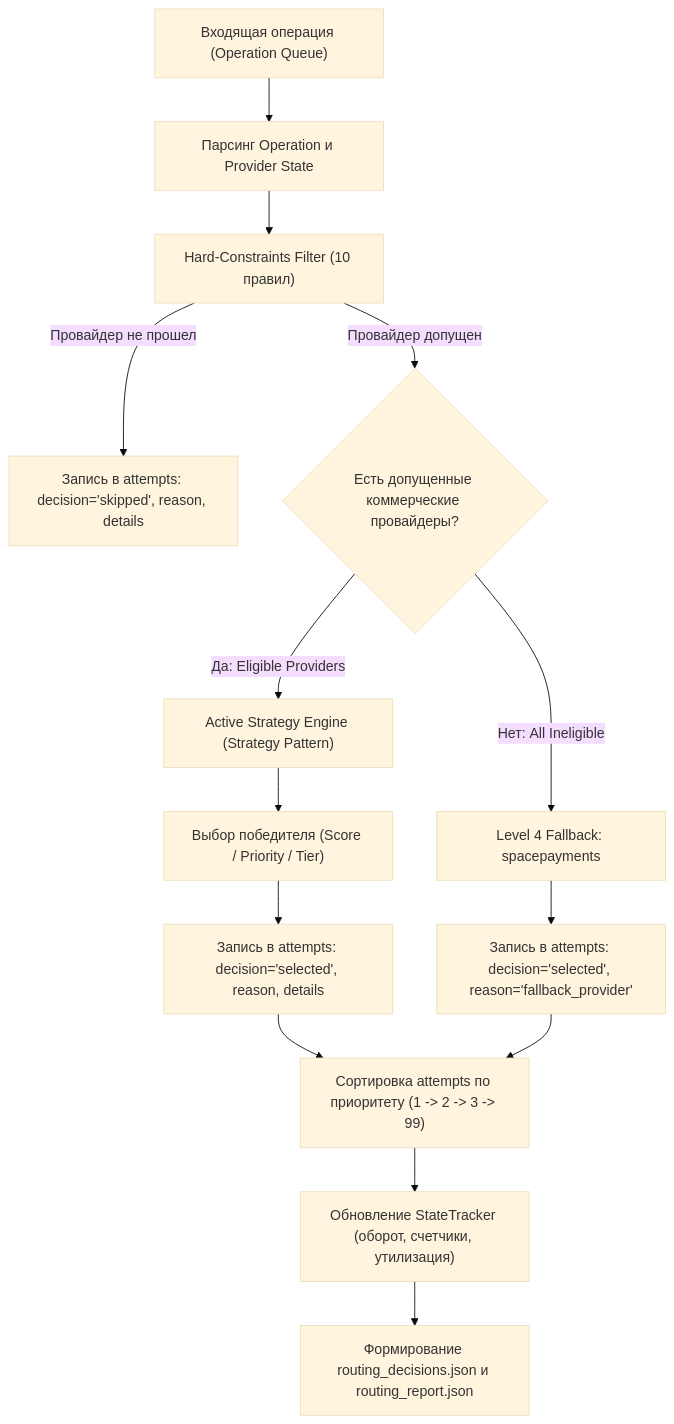
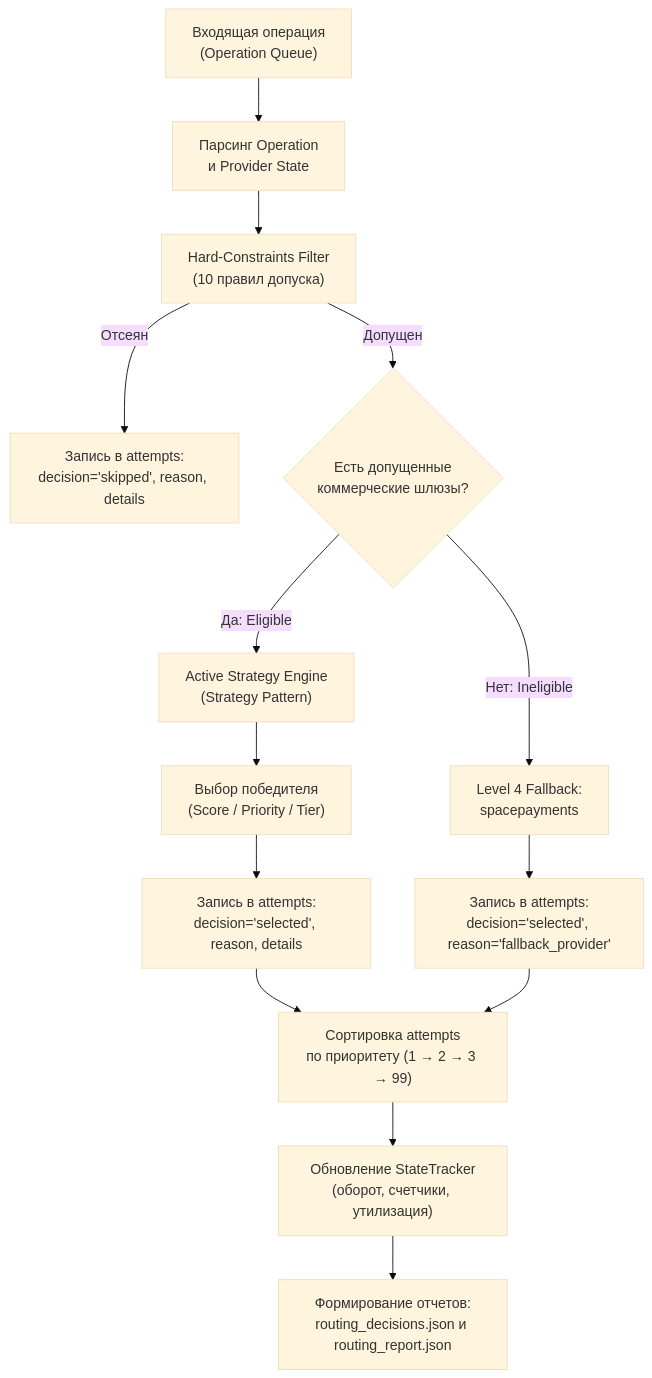
One commit to Black-Lotus-2026/Genesis_2026 changed the diagram in README.md. Above: the diagram before and after it, drawn with Mermaid (base theme). The commit also changed other lines of this file, not shown here.

````diff
--- a/README.md
+++ b/README.md
@@ -38,16 +38,16 @@
 ```mermaid
 flowchart TD
-    A["Входящая операция (Operation Queue)"] --> B["Парсинг Operation и Provider State"]
-    B --> C["Hard-Constraints Filter (10 правил)"]
-    C -->|Провайдер не прошел| D["Запись в attempts: decision='skipped', reason, details"]
-    C -->|Провайдер допущен| E{"Есть допущенные коммерческие провайдеры?"}
-    E -->|Да: Eligible Providers| F["Active Strategy Engine (Strategy Pattern)"]
-    F --> G["Выбор победителя (Score / Priority / Tier)"]
-    G --> H["Запись в attempts: decision='selected', reason, details"]
-    E -->|Нет: All Ineligible| I["Level 4 Fallback: spacepayments"]
-    I --> J["Запись в attempts: decision='selected', reason='fallback_provider'"]
-    H --> K["Сортировка attempts по приоритету (1 -> 2 -> 3 -> 99)"]
+    A["Входящая операция<br/>(Operation Queue)"] --> B["Парсинг Operation<br/>и Provider State"]
+    B --> C["Hard-Constraints Filter<br/>(10 правил допуска)"]
+    C -->|Отсеян| D["Запись в attempts:<br/>decision='skipped', reason, details"]
+    C -->|Допущен| E{"Есть допущенные<br/>коммерческие шлюзы?"}
+    E -->|Да: Eligible| F["Active Strategy Engine<br/>(Strategy Pattern)"]
+    F --> G["Выбор победителя<br/>(Score / Priority / Tier)"]
+    G --> H["Запись в attempts:<br/>decision='selected', reason, details"]
+    E -->|Нет: Ineligible| I["Level 4 Fallback:<br/>spacepayments"]
+    I --> J["Запись в attempts:<br/>decision='selected', reason='fallback_provider'"]
+    H --> K["Сортировка attempts<br/>по приоритету (1 → 2 → 3 → 99)"]
     J --> K
-    K --> L["Обновление StateTracker (оборот, счетчики, утилизация)"]
-    L --> M["Формирование routing_decisions.json и routing_report.json"]
+    K --> L["Обновление StateTracker<br/>(оборот, счетчики, утилизация)"]
+    L --> M["Формирование отчетов:<br/>routing_decisions.json и routing_report.json"]
 ```
````
